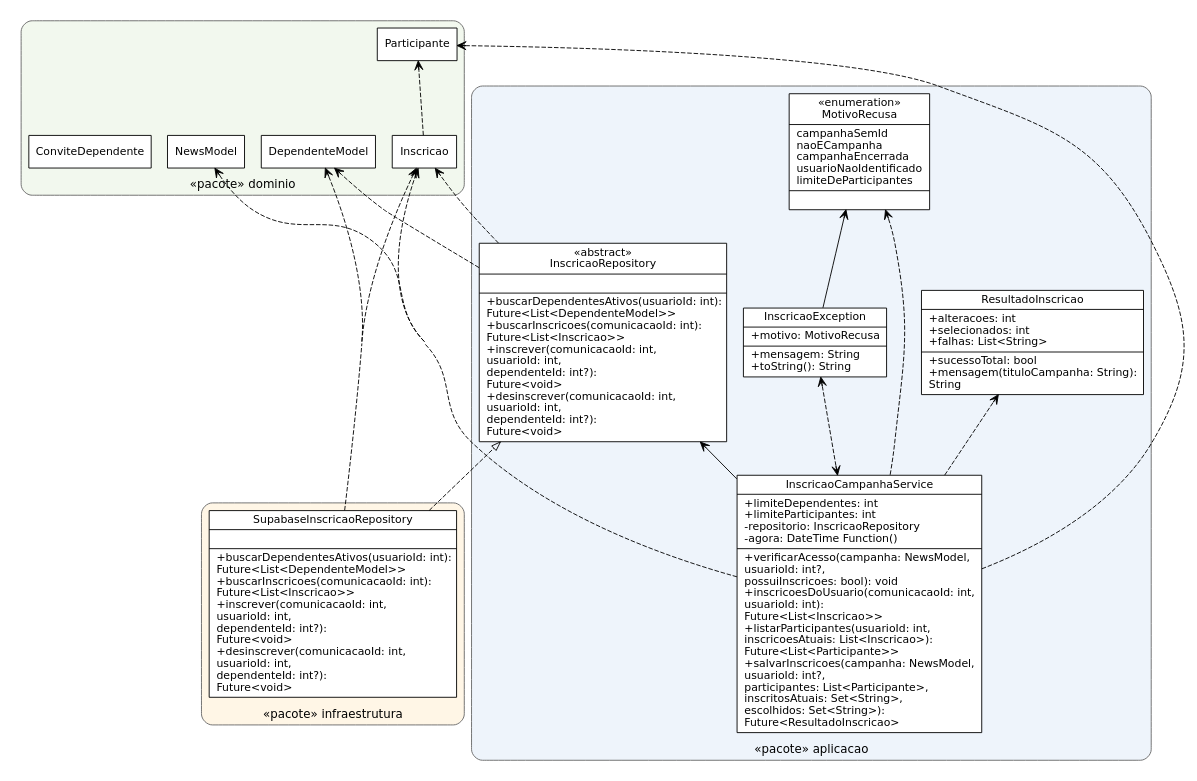
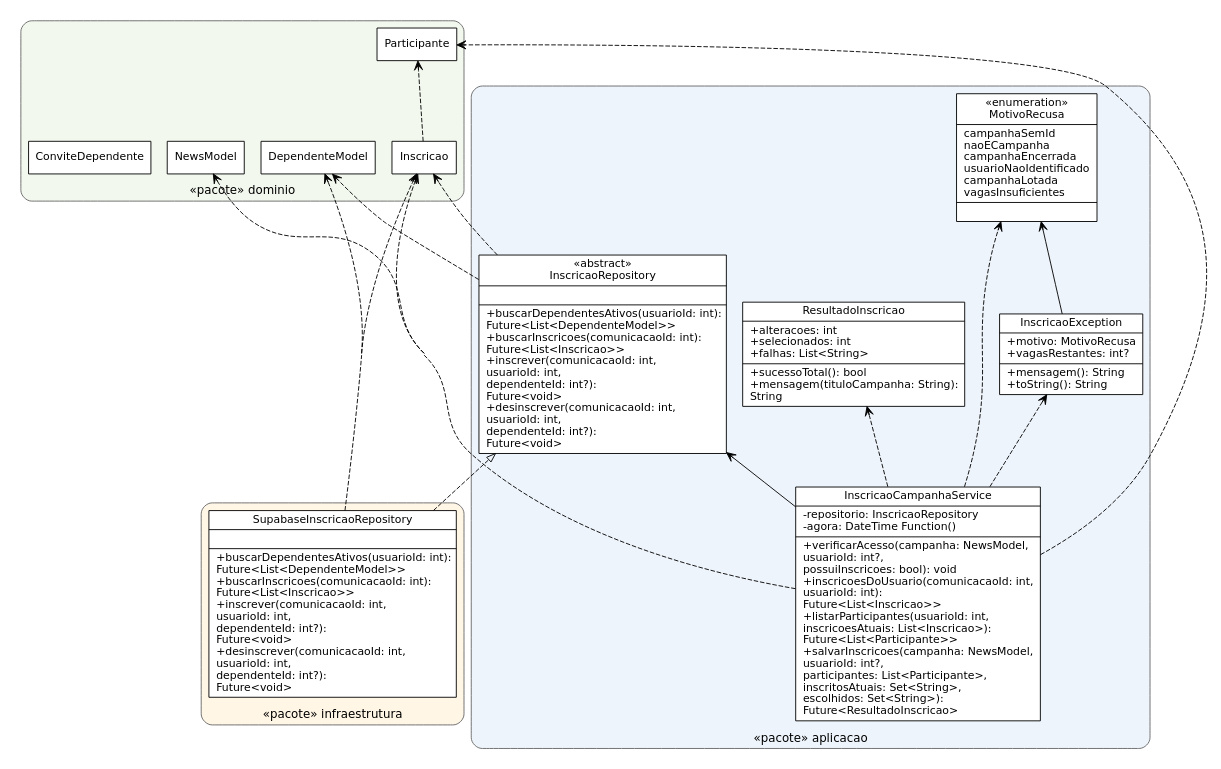
One commit to Conecta-Vida/Conecta-Vida-Mobile changed the diagram in qualidade/diagramas/ex11a_classes_aplicacao.dot. Above: the diagram before and after it, drawn with Graphviz. The commit also changed 11 other files, not shown here.

```diff
--- a/qualidade/diagramas/ex11a_classes_aplicacao.dot
+++ b/qualidade/diagramas/ex11a_classes_aplicacao.dot
@@ -1,37 +1,36 @@
 digraph classes {
 rankdir=BT; nodesep=0.25; ranksep=0.5; pad=0.1; concentrate=true;
 node [shape=record, fontname="DejaVu Sans", fontsize=12, style=filled, fillcolor="#ffffff"];
 edge [fontname="DejaVu Sans", fontsize=11];
 subgraph cluster_0 { label="«pacote» aplicacao"; style="rounded,filled"; fillcolor="#eef4fb"; color=gray40; fontname="DejaVu Sans"; fontsize=13; labelloc=t;
   InscricaoRepository [label="{«abstract»\nInscricaoRepository||+buscarDependentesAtivos(usuarioId: int):\l      Future&lt;List&lt;DependenteModel&gt;&gt;\l+buscarInscricoes(comunicacaoId: int):\l      Future&lt;List&lt;Inscricao&gt;&gt;\l+inscrever(comunicacaoId: int,\l      usuarioId: int,\l      dependenteId: int?):\l      Future&lt;void&gt;\l+desinscrever(comunicacaoId: int,\l      usuarioId: int,\l      dependenteId: int?):\l      Future&lt;void&gt;\l}"];
-  MotivoRecusa [label="{«enumeration»\nMotivoRecusa|campanhaSemId\lnaoECampanha\lcampanhaEncerrada\lusuarioNaoIdentificado\llimiteDeParticipantes\l|}"];
-  InscricaoException [label="{InscricaoException|+motivo: MotivoRecusa\l|+mensagem: String\l+toString(): String\l}"];
-  ResultadoInscricao [label="{ResultadoInscricao|+alteracoes: int\l+selecionados: int\l+falhas: List&lt;String&gt;\l|+sucessoTotal: bool\l+mensagem(tituloCampanha: String):\l      String\l}"];
-  InscricaoCampanhaService [label="{InscricaoCampanhaService|+limiteDependentes: int\l+limiteParticipantes: int\l-repositorio: InscricaoRepository\l-agora: DateTime Function()\l|+verificarAcesso(campanha: NewsModel,\l      usuarioId: int?,\l      possuiInscricoes: bool): void\l+inscricoesDoUsuario(comunicacaoId: int,\l      usuarioId: int):\l      Future&lt;List&lt;Inscricao&gt;&gt;\l+listarParticipantes(usuarioId: int,\l      inscricoesAtuais: List&lt;Inscricao&gt;):\l      Future&lt;List&lt;Participante&gt;&gt;\l+salvarInscricoes(campanha: NewsModel,\l      usuarioId: int?,\l      participantes: List&lt;Participante&gt;,\l      inscritosAtuais: Set&lt;String&gt;,\l      escolhidos: Set&lt;String&gt;):\l      Future&lt;ResultadoInscricao&gt;\l}"];
+  MotivoRecusa [label="{«enumeration»\nMotivoRecusa|campanhaSemId\lnaoECampanha\lcampanhaEncerrada\lusuarioNaoIdentificado\lcampanhaLotada\lvagasInsuficientes\l|}"];
+  InscricaoException [label="{InscricaoException|+motivo: MotivoRecusa\l+vagasRestantes: int?\l|+mensagem(): String\l+toString(): String\l}"];
+  ResultadoInscricao [label="{ResultadoInscricao|+alteracoes: int\l+selecionados: int\l+falhas: List&lt;String&gt;\l|+sucessoTotal(): bool\l+mensagem(tituloCampanha: String):\l      String\l}"];
+  InscricaoCampanhaService [label="{InscricaoCampanhaService|-repositorio: InscricaoRepository\l-agora: DateTime Function()\l|+verificarAcesso(campanha: NewsModel,\l      usuarioId: int?,\l      possuiInscricoes: bool): void\l+inscricoesDoUsuario(comunicacaoId: int,\l      usuarioId: int):\l      Future&lt;List&lt;Inscricao&gt;&gt;\l+listarParticipantes(usuarioId: int,\l      inscricoesAtuais: List&lt;Inscricao&gt;):\l      Future&lt;List&lt;Participante&gt;&gt;\l+salvarInscricoes(campanha: NewsModel,\l      usuarioId: int?,\l      participantes: List&lt;Participante&gt;,\l      inscritosAtuais: Set&lt;String&gt;,\l      escolhidos: Set&lt;String&gt;):\l      Future&lt;ResultadoInscricao&gt;\l}"];
 }
 subgraph cluster_1 { label="«pacote» dominio"; style="rounded,filled"; fillcolor="#f2f8ee"; color=gray40; fontname="DejaVu Sans"; fontsize=13; labelloc=t;
   Inscricao [shape=box, label="Inscricao"];
   Participante [shape=box, label="Participante"];
   NewsModel [shape=box, label="NewsModel"];
   DependenteModel [shape=box, label="DependenteModel"];
   ConviteDependente [shape=box, label="ConviteDependente"];
 }
 subgraph cluster_2 { label="«pacote» infraestrutura"; style="rounded,filled"; fillcolor="#fff6e6"; color=gray40; fontname="DejaVu Sans"; fontsize=13; labelloc=t;
   SupabaseInscricaoRepository [label="{SupabaseInscricaoRepository||+buscarDependentesAtivos(usuarioId: int):\l      Future&lt;List&lt;DependenteModel&gt;&gt;\l+buscarInscricoes(comunicacaoId: int):\l      Future&lt;List&lt;Inscricao&gt;&gt;\l+inscrever(comunicacaoId: int,\l      usuarioId: int,\l      dependenteId: int?):\l      Future&lt;void&gt;\l+desinscrever(comunicacaoId: int,\l      usuarioId: int,\l      dependenteId: int?):\l      Future&lt;void&gt;\l}"];
 }
   Inscricao -> Participante [arrowhead=vee, style=dashed];
   InscricaoCampanhaService -> Inscricao [arrowhead=vee, style=dashed];
   InscricaoCampanhaService -> InscricaoException [arrowhead=vee, style=dashed];
   InscricaoCampanhaService -> InscricaoRepository [arrowhead=vee];
   InscricaoCampanhaService -> MotivoRecusa [arrowhead=vee, style=dashed];
   InscricaoCampanhaService -> NewsModel [arrowhead=vee, style=dashed];
   InscricaoCampanhaService -> Participante [arrowhead=vee, style=dashed];
   InscricaoCampanhaService -> ResultadoInscricao [arrowhead=vee, style=dashed];
-  InscricaoException -> InscricaoCampanhaService [arrowhead=vee, style=dashed];
   InscricaoException -> MotivoRecusa [arrowhead=vee];
   InscricaoRepository -> DependenteModel [arrowhead=vee, style=dashed];
   InscricaoRepository -> Inscricao [arrowhead=vee, style=dashed];
   SupabaseInscricaoRepository -> DependenteModel [arrowhead=vee, style=dashed];
   SupabaseInscricaoRepository -> Inscricao [arrowhead=vee, style=dashed];
   SupabaseInscricaoRepository -> InscricaoRepository [arrowhead=empty, style=dashed];
 }
```
